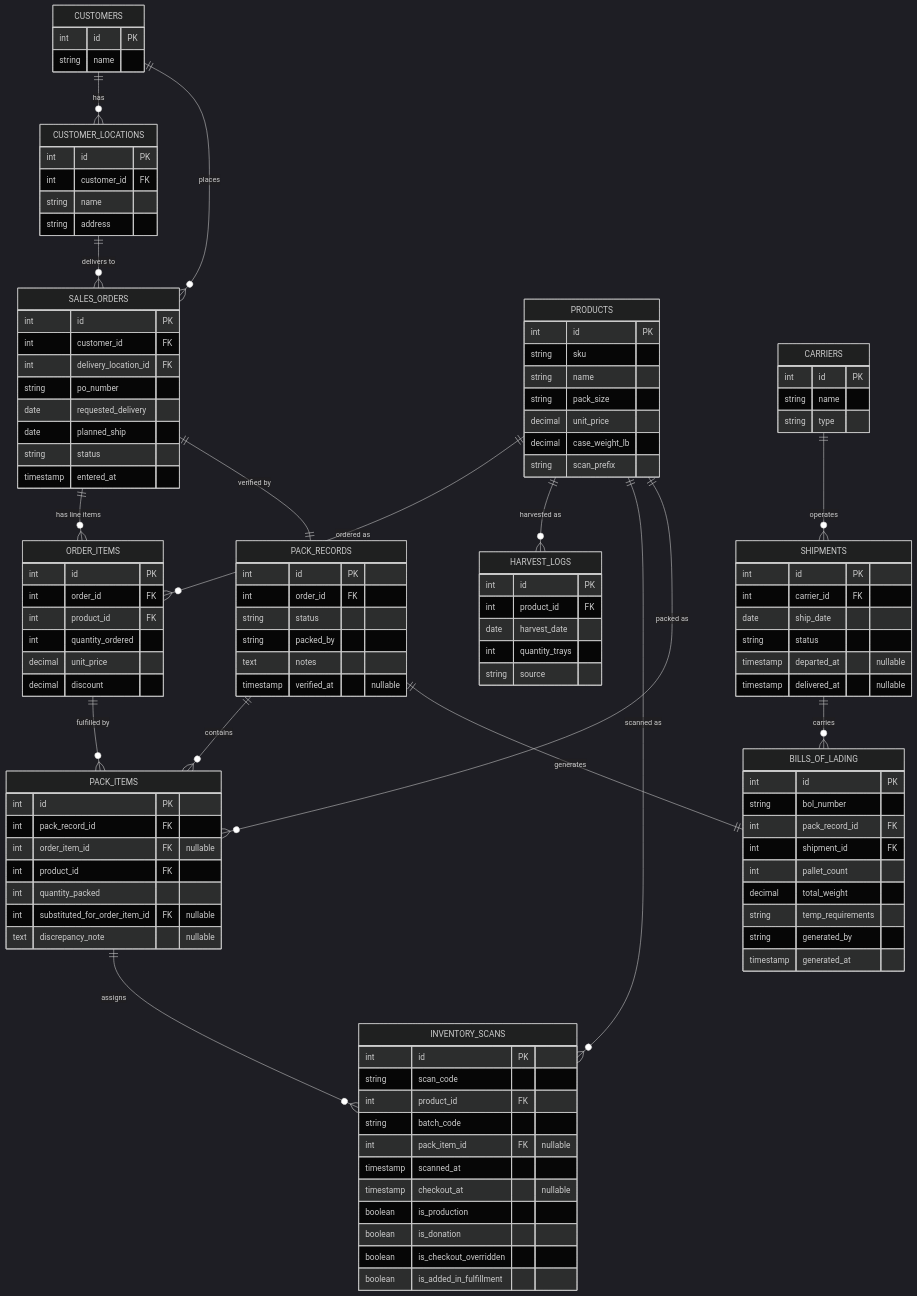
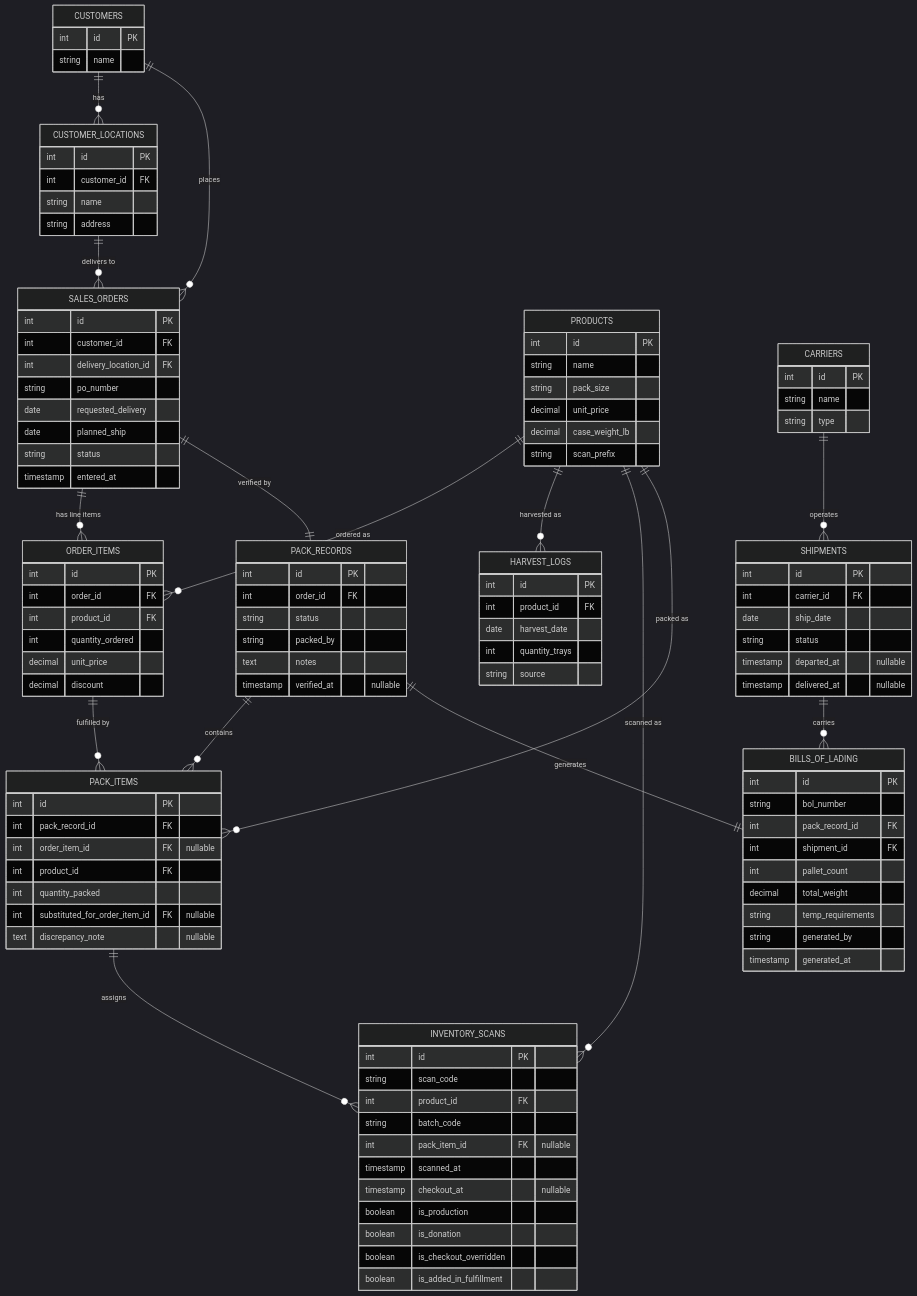
The diagram in HOLO_Data_Model.md (mathildepind/holo), drawn with Mermaid (dark theme) before and after one commit. The commit also changed other lines of this file, not shown here.

```diff
--- a/HOLO_Data_Model.md
+++ b/HOLO_Data_Model.md
@@ -43,7 +43,6 @@
     }
     PRODUCTS {
         int id PK
-        string sku
         string name
         string pack_size
         decimal unit_price
```
